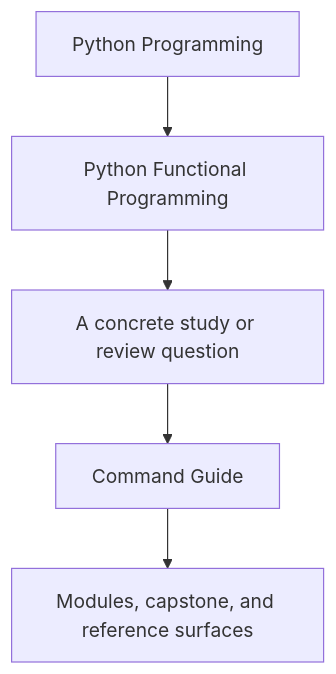
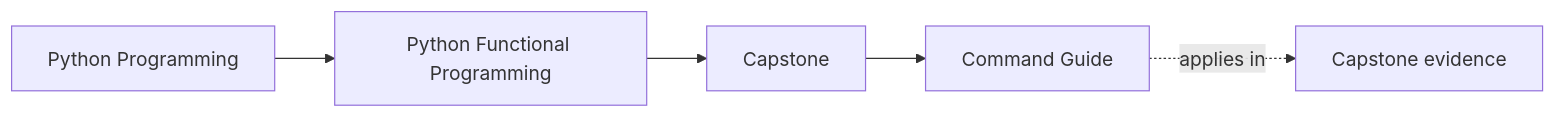
The first of 2 diagrams in programs/python-programming/python-functional-programming/course-book/capstone/command-guide.md (bijux/bijux-masterclass), drawn with Mermaid before and after one commit. The commit also changed other lines of this file and 108 other files, not shown here.

Commit message:
docs(python-functional-programming): map capstone and advanced design surfaces

````diff
--- a/programs/python-programming/python-functional-programming/course-book/capstone/command-guide.md
+++ b/programs/python-programming/python-functional-programming/course-book/capstone/command-guide.md
@@ -7,7 +7,11 @@
 ```mermaid
-flowchart TD
-  family["Python Programming"] --> program["Python Functional Programming"]
-  program --> pressure["A concrete study or review question"]
-  pressure --> guide["Command Guide"]
-  guide --> next["Modules, capstone, and reference surfaces"]
+graph LR
+  family["Python Programming"]
+  program["Python Functional Programming"]
+  section["Capstone"]
+  page["Command Guide"]
+  capstone["Capstone evidence"]
+
+  family --> program --> section --> page
+  page -.applies in.-> capstone
 ```
````
